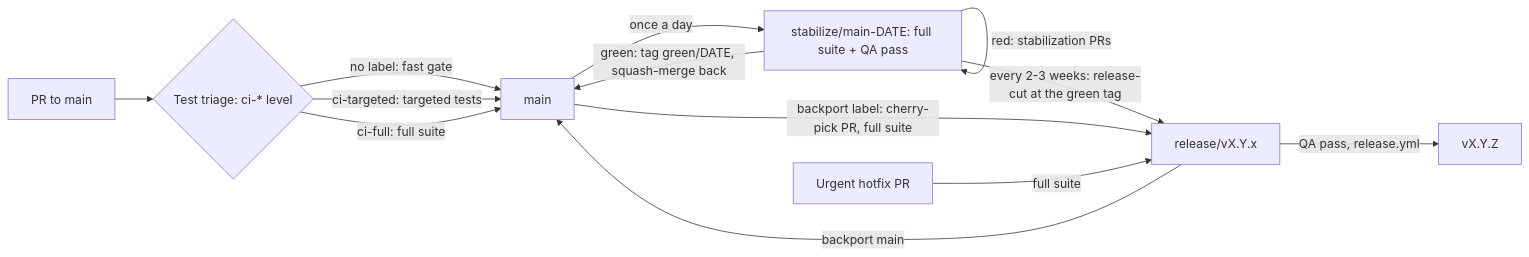
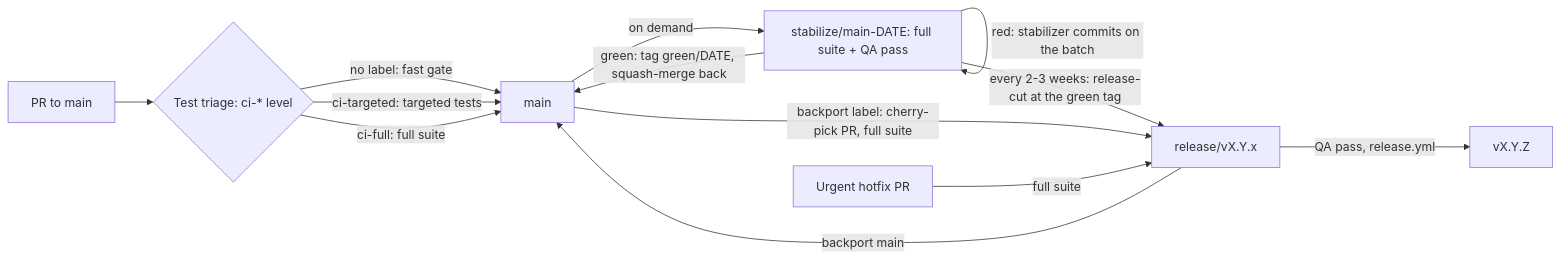
Before and after one commit to open-mercato/open-mercato: the first of 10 diagrams in .ai/specs/2026-11-25-batch-merge-and-green-tag-release-process.md, drawn with Mermaid. The commit also changed other lines of this file and 11 other files, not shown here.

````diff
--- a/.ai/specs/2026-11-25-batch-merge-and-green-tag-release-process.md
+++ b/.ai/specs/2026-11-25-batch-merge-and-green-tag-release-process.md
@@ -104,15 +104,15 @@
 ```mermaid
 flowchart LR
   PR["PR to main"] --> TRI{"Test triage: ci-* level"}
   TRI -->|"no label: fast gate"| MAIN["main"]
   TRI -->|"ci-targeted: targeted tests"| MAIN
   TRI -->|"ci-full: full suite"| MAIN
-  MAIN -->|"once a day"| CUT["stabilize/main-DATE: full suite + QA pass"]
-  CUT -->|"red: stabilization PRs"| CUT
+  MAIN -->|"on demand"| CUT["stabilize/main-DATE: full suite + QA pass"]
+  CUT -->|"red: stabilizer commits on the batch"| CUT
   CUT -->|"green: tag green/DATE, squash-merge back"| MAIN
   CUT -->|"every 2-3 weeks: release-cut at the green tag"| REL["release/vX.Y.x"]
   MAIN -->|"backport label: cherry-pick PR, full suite"| REL
   HOT["Urgent hotfix PR"] -->|"full suite"| REL
   REL -->|"backport main"| MAIN
   REL -->|"QA pass, release.yml"| VER["vX.Y.Z"]
 ```
````
